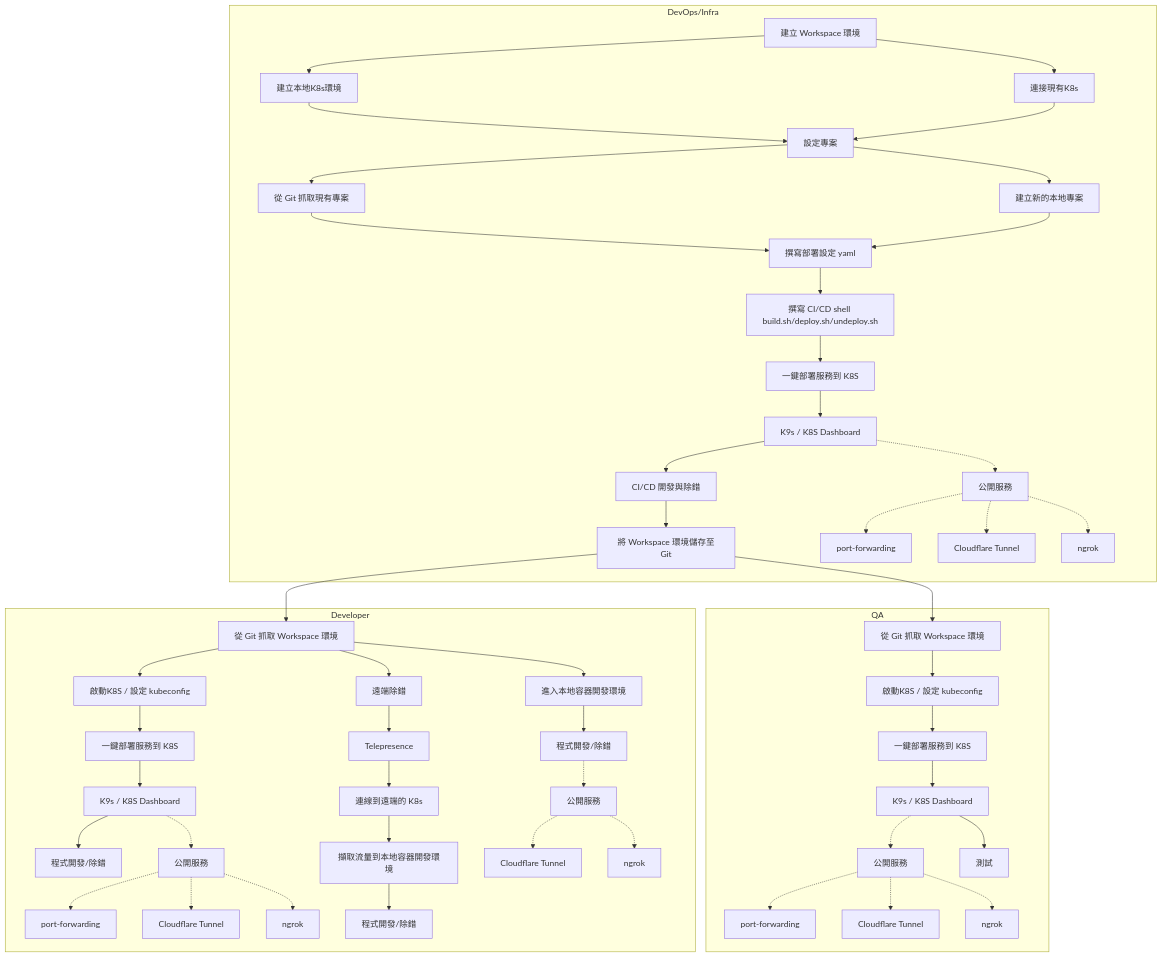
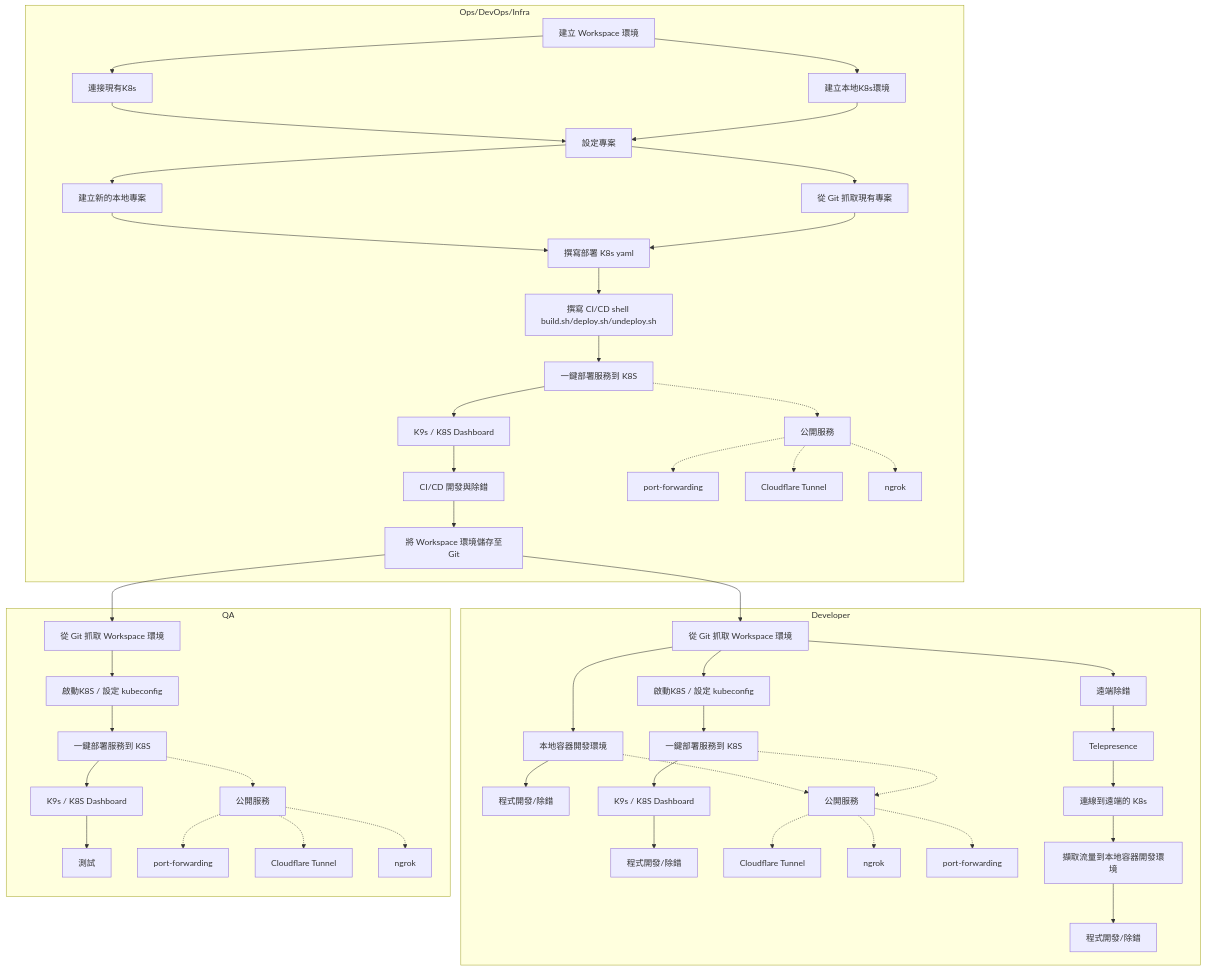
The diagram in README.md (r82wei/KDE-cli), drawn with Mermaid before and after one commit. The commit also changed other lines of this file, not shown here.

````diff
--- a/README.md
+++ b/README.md
@@ -46,44 +46,41 @@
 ```mermaid
 flowchart TD
-    subgraph Ops["DevOps/Infra"]
-        A[建立 Workspace 環境]
-        A1[建立本地K8s環境]
-        A2[連接現有K8s]
-        B[設定專案]
-        B1[從 Git 抓取現有專案]
-        B2[建立新的本地專案]
-        C1[撰寫部署設定 yaml]
-        C2[撰寫 CI/CD shell build.sh/deploy.sh/undeploy.sh]
-        D[一鍵部署服務到 K8S]
-        E[CI/CD 開發與除錯]
-        DevOps_Monitor[K9s / K8S Dashboard]
-        M[公開服務]
-        M1[port-forwarding]
-        M2[Cloudflare Tunnel]
-        M3[ngrok]
-        G[將 Workspace 環境儲存至Git]
+    subgraph Ops["Ops/DevOps/Infra"]
+        Ops_create_workspace[建立 Workspace 環境]
+        Ops_create_local_k8s[建立本地K8s環境]
+        Ops_add_remote_k8s[連接現有K8s]
+        Ops_create_project[設定專案]
+        Ops_pull_repo[從 Git 抓取現有專案]
+        Ops_create_local_repo[建立新的本地專案]
+        Ops_k8s_yaml[撰寫部署 K8s yaml]
+        Ops_shell_script[撰寫 CI/CD shell build.sh/deploy.sh/undeploy.sh]
+        Ops_deploy[一鍵部署服務到 K8S]
+        Ops_cicd[CI/CD 開發與除錯]
+        Ops_Monitor[K9s / K8S Dashboard]
+        Ops_expose[公開服務]
+        Ops_port_forwarding[port-forwarding]
+        Ops_cloudflare_tunnel[Cloudflare Tunnel]
+        Ops_ngrok[ngrok]
+        Ops_git_push[將 Workspace 環境儲存至Git]
     end
 
     subgraph Developer["Developer"]
-        H[從 Git 抓取 Workspace 環境]
-        DEV_START_K8S[啟動K8S / 設定 kubeconfig]
-        I1[一鍵部署服務到 K8S]
-        I2[遠端除錯]
-        I3[進入本地容器開發環境]
-        J1[程式開發/除錯]
-        J2[程式開發/除錯]
-        J3[程式開發/除錯]
-        Dev_Monitor[K9s / K8S Dashboard]
-        F[公開服務]
-        F1[Cloudflare Tunnel]
-        F2[ngrok]
-        L[Telepresence]
-        L1[連線到遠端的 K8s]
-        N[擷取流量到本地容器開發環境]
-        O[公開服務]
-        O1[port-forwarding]
-        O2[Cloudflare Tunnel]
-        O3[ngrok]
+        Dev_git_pull[從 Git 抓取 Workspace 環境]
+        Dev_start_k8s[啟動K8S / 設定 kubeconfig]
+        Dev_deploy[一鍵部署服務到 K8S]
+        Dev_remote_debug[遠端除錯]
+        Dev_local_env[本地容器開發環境]
+        Dev_debug_1[程式開發/除錯]
+        Dev_debug_2[程式開發/除錯]
+        Dev_debug_3[程式開發/除錯]
+        Dev_monitor[K9s / K8S Dashboard]
+        Dev_expose[公開服務]
+        Dev_cloudflare_tunnel[Cloudflare Tunnel]
+        Dev_ngrok[ngrok]
+        Dev_port_forwarding[port-forwarding]
+        Dev_telepresence[Telepresence]
+        Dev_connect_remote_k8s[連線到遠端的 K8s]
+        Dev_telepresence_remote_pod[擷取流量到本地容器開發環境]
 
     end
 
@@ -101,56 +98,55 @@
     end
 
     %% DevOps/Infra
-    A --> A1
-    A --> A2
-    A1 --> B
-    A2 --> B
-    B --> B1
-    B --> B2
-    B1 --> C1
-    B2 --> C1
-    C1 --> C2
-    C2 --> D
-    D --> DevOps_Monitor
-    DevOps_Monitor --> E
-    E --> G
+    Ops_create_workspace--> Ops_create_local_k8s
+    Ops_create_workspace--> Ops_add_remote_k8s
+    Ops_create_local_k8s --> Ops_create_project
+    Ops_add_remote_k8s --> Ops_create_project
+    Ops_create_project --> Ops_pull_repo
+    Ops_create_project --> Ops_create_local_repo
+    Ops_pull_repo --> Ops_k8s_yaml
+    Ops_create_local_repo --> Ops_k8s_yaml
+    Ops_k8s_yaml --> Ops_shell_script
+    Ops_shell_script --> Ops_deploy
+    Ops_deploy --> Ops_Monitor
+    Ops_Monitor --> Ops_cicd
+    Ops_cicd --> Ops_git_push
     %% 公開服務
-    DevOps_Monitor -.-> M
-    M -.-> M1
-    M -.-> M2
-    M -.-> M3
+    Ops_deploy -.-> Ops_expose
+    Ops_expose -.-> Ops_port_forwarding
+    Ops_expose -.-> Ops_cloudflare_tunnel
+    Ops_expose -.-> Ops_ngrok
 
     %% Developer
-    G --> H
-    H --> DEV_START_K8S
+    Ops_git_push --> Dev_git_pull
+    Dev_git_pull --> Dev_start_k8s
     %% K8S 開發環境
-    DEV_START_K8S --> I1
-    I1 --> Dev_Monitor
-    Dev_Monitor --> J1
-    Dev_Monitor -.-> O
-    O -.-> O1
-    O -.-> O2
-    O -.-> O3
+    Dev_start_k8s --> Dev_deploy
+    Dev_deploy --> Dev_monitor
+    Dev_deploy -.-> Dev_expose
+    Dev_monitor --> Dev_debug_1
     %% 遠端除錯
-    H --> I2
-    I2 -->  L
-    L --> L1
-    L1 --> N
-    N --> J3
+    Dev_git_pull --> Dev_remote_debug
+    Dev_remote_debug -->  Dev_telepresence
+    Dev_telepresence --> Dev_connect_remote_k8s
+    Dev_connect_remote_k8s --> Dev_telepresence_remote_pod
+    Dev_telepresence_remote_pod --> Dev_debug_3
     %% 本地容器開發環境
-    H --> I3
-    I3 --> J2
-    J2 -.-> F
-    F -.-> F1
-    F -.-> F2
+    Dev_git_pull --> Dev_local_env
+    Dev_local_env --> Dev_debug_2
+    Dev_local_env -.-> Dev_expose
+    %% 公開服務
+    Dev_expose -.-> Dev_cloudflare_tunnel
+    Dev_expose -.-> Dev_ngrok
+    Dev_expose -.-> Dev_port_forwarding
 
     %% QA
-    G --> QA_git_pull
+    Ops_git_push --> QA_git_pull
     QA_git_pull --> QA_start_k8s
     QA_start_k8s --> QA_deploy
     QA_deploy --> QA_monitor
-    QA_monitor -.-> QA_expose
     QA_monitor --> QA_test
+    QA_deploy -.-> QA_expose
     QA_expose -.-> QA_port_forwarding
     QA_expose -.-> QA_cloudflare_tunnel
     QA_expose -.-> QA_ngrok
````
